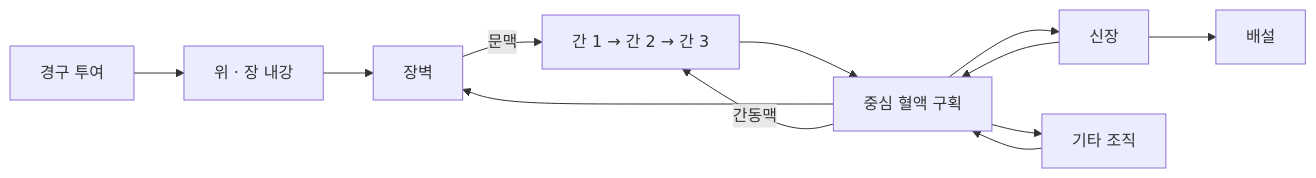
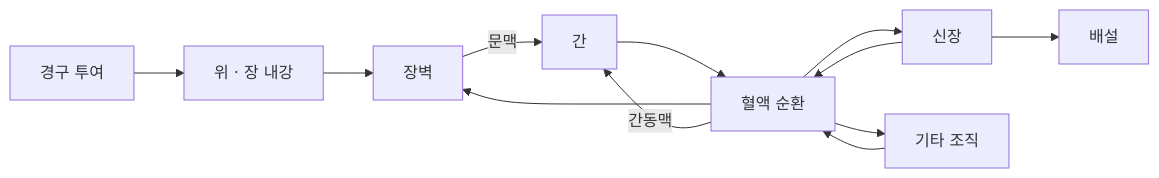
The diagram in projects/tissue-modeling/MODEL.md (kkmmhh113/research-portfolio), drawn with Mermaid before and after one commit. The commit also changed other lines of this file and 11 other files, not shown here.

````diff
--- a/projects/tissue-modeling/MODEL.md
+++ b/projects/tissue-modeling/MODEL.md
@@ -9,14 +9,14 @@
 ```mermaid
 flowchart LR
     Oral["경구 투여"] --> GI["위 · 장 내강"]
     GI --> Gut["장벽"]
-    Blood["중심 혈액 구획"] --> Gut
-    Gut -->|문맥| Liver["간 1 → 간 2 → 간 3"]
+    Blood["혈액 순환"] --> Gut
+    Gut -->|문맥| Liver["간"]
     Blood -->|간동맥| Liver
     Liver --> Blood
     Blood --> Kidney["신장"]
     Kidney --> Blood
     Kidney --> Urine["배설"]
     Blood --> Rest["기타 조직"]
     Rest --> Blood
 ```
````
